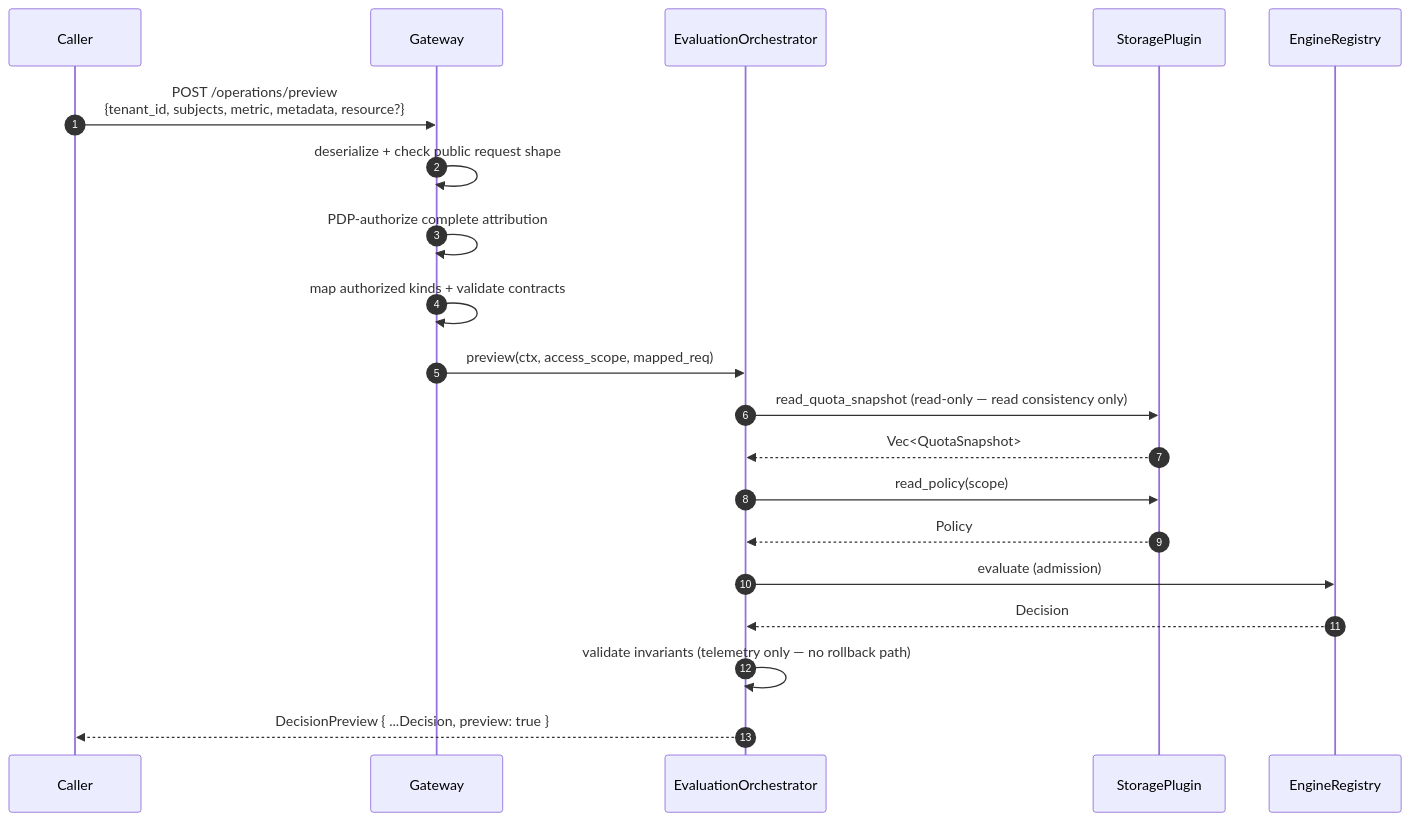
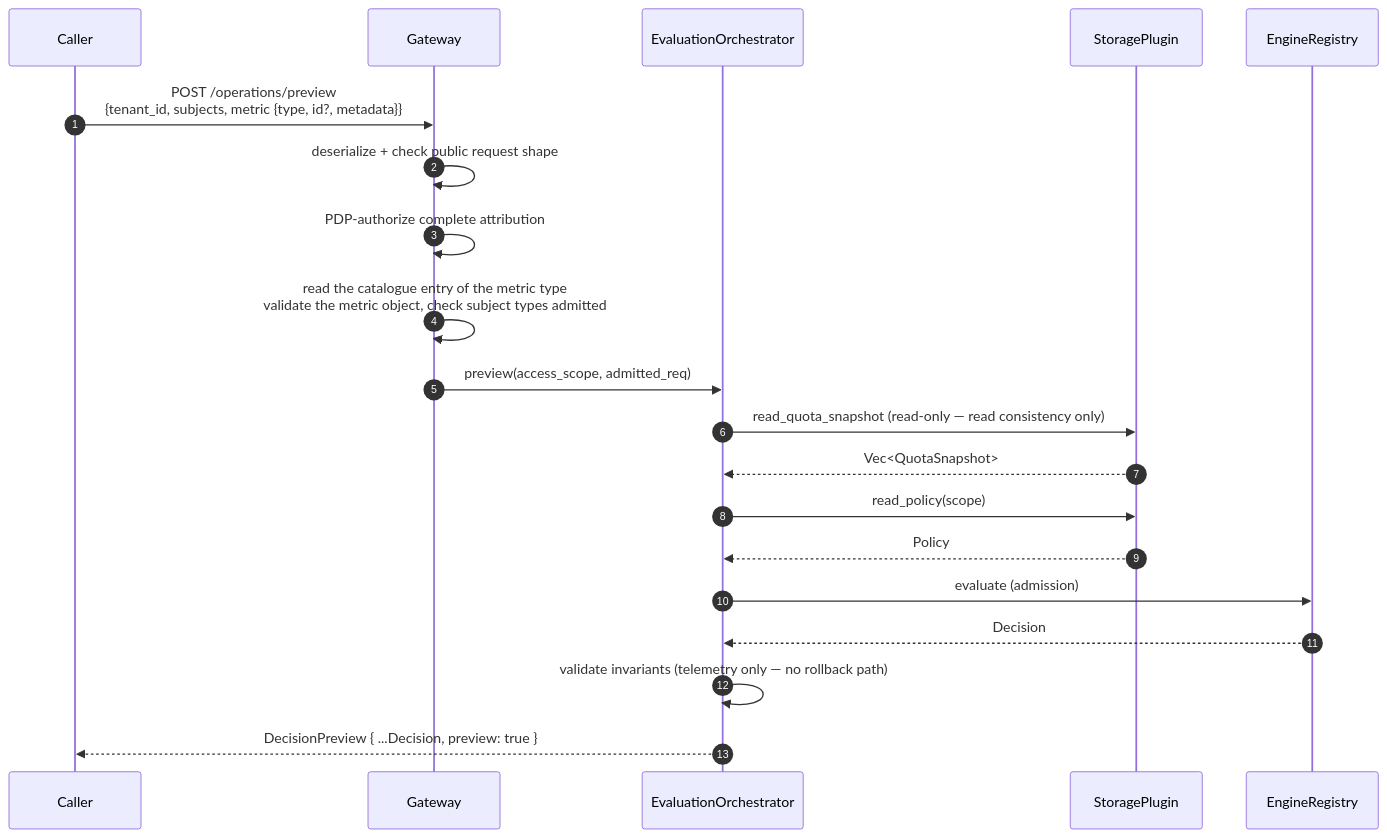
Diagram 11 of 18 in gears/system/quota-enforcement/docs/DESIGN.md (constructorfabric/gears-rust), drawn with Mermaid before and after one commit. The commit also changed other lines of this file and 48 other files, not shown here.

````diff
--- a/gears/system/quota-enforcement/docs/DESIGN.md
+++ b/gears/system/quota-enforcement/docs/DESIGN.md
@@ -1928,23 +2146,23 @@
 ```mermaid
 sequenceDiagram
     autonumber
     participant Caller
     participant GW as Gateway
     participant EO as EvaluationOrchestrator
     participant SP as StoragePlugin
     participant ER as EngineRegistry
 
-    Caller ->> GW: POST /operations/preview<br/>{tenant_id, subjects, metric, metadata, resource?}
+    Caller ->> GW: POST /operations/preview<br/>{tenant_id, subjects, metric {type, id?, metadata}}
     GW ->> GW: deserialize + check public request shape
     GW ->> GW: PDP-authorize complete attribution
-    GW ->> GW: map authorized kinds + validate contracts
-    GW ->> EO: preview(ctx, access_scope, mapped_req)
+    GW ->> GW: read the catalogue entry of the metric type<br/>validate the metric object, check subject types admitted
+    GW ->> EO: preview(access_scope, admitted_req)
     EO ->> SP: read_quota_snapshot (read-only — read consistency only)
     SP -->> EO: Vec<QuotaSnapshot>
     EO ->> SP: read_policy(scope)
     SP -->> EO: Policy
     EO ->> ER: evaluate (admission)
     ER -->> EO: Decision
     EO ->> EO: validate invariants (telemetry only — no rollback path)
     EO -->> Caller: DecisionPreview { ...Decision, preview: true }
 ```
````
